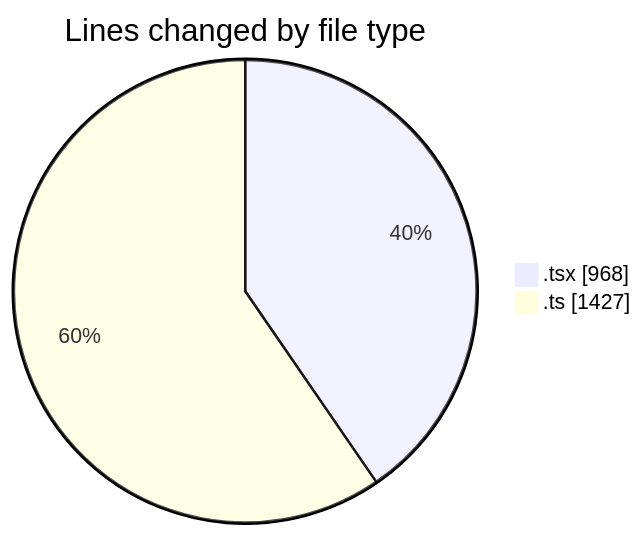
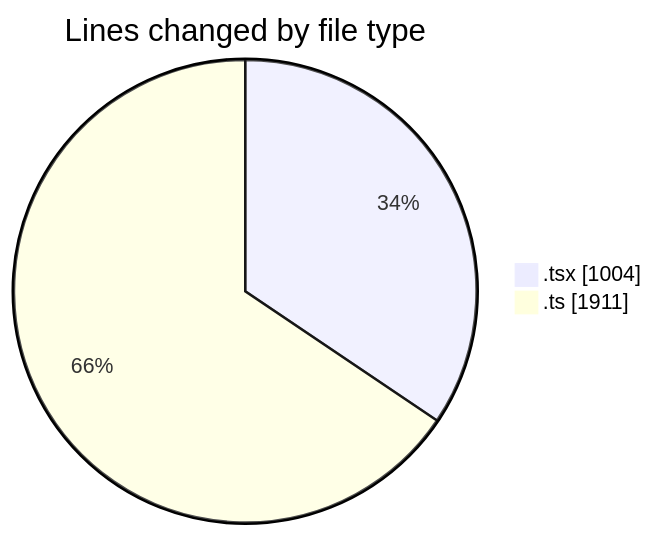
Before and after one commit to julien-gomy/code-tracking: the first of 2 diagrams in 2025-10-14/eventscop-frontend-guide__workspace_/README.md, drawn with Mermaid. The commit also changed other lines of this file and 1 other file, not shown here.

````diff
--- a/2025-10-14/eventscop-frontend-guide__workspace_/README.md
+++ b/2025-10-14/eventscop-frontend-guide__workspace_/README.md
@@ -36,6 +37,6 @@
 ```mermaid
 pie showData
 title Lines changed by file type
-".tsx" : 968
-".ts" : 1427
+".tsx" : 1004
+".ts" : 1911
 ```
````
